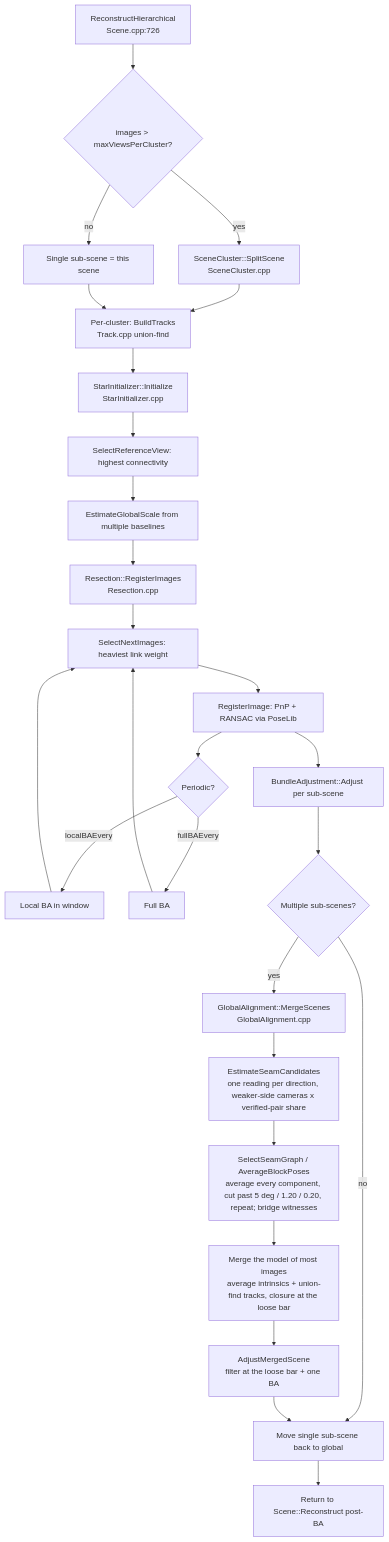
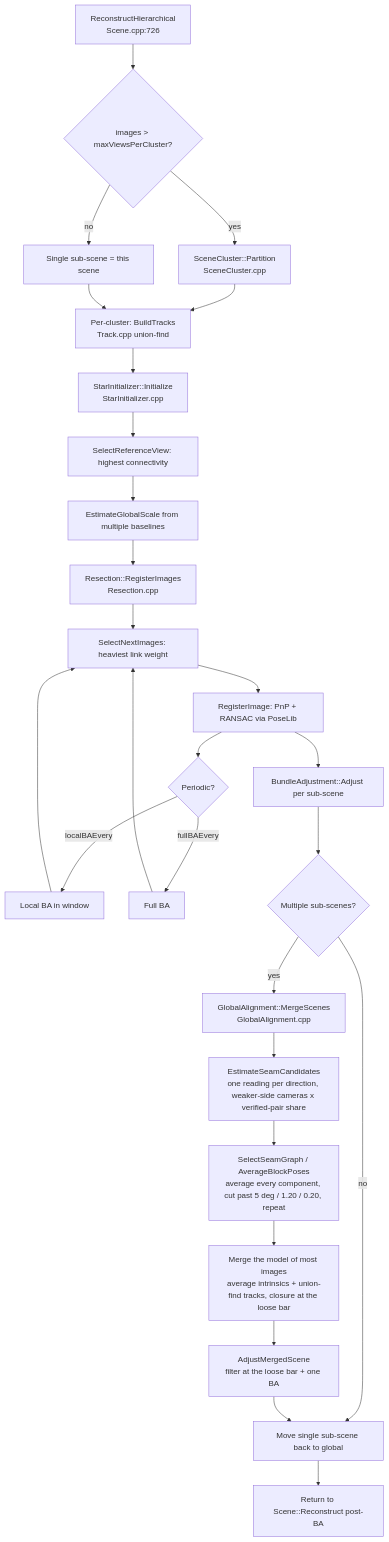
The third of 10 diagrams in docs/pipelines.md (cdcseacave/openMVS), drawn with Mermaid before and after one commit. The commit also changed other lines of this file and 6 other files, not shown here.

````diff
--- a/docs/pipelines.md
+++ b/docs/pipelines.md
@@ -206,29 +206,29 @@
 ```mermaid
 graph TD
     A[ReconstructHierarchical<br/>Scene.cpp:726] --> B{images > maxViewsPerCluster?}
-    B -->|yes| C[SceneCluster::SplitScene<br/>SceneCluster.cpp]
+    B -->|yes| C[SceneCluster::Partition<br/>SceneCluster.cpp]
     B -->|no| D[Single sub-scene = this scene]
     C --> E[Per-cluster: BuildTracks<br/>Track.cpp union-find]
     D --> E
     E --> F[StarInitializer::Initialize<br/>StarInitializer.cpp]
     F --> F1[SelectReferenceView: highest connectivity]
     F1 --> F2[EstimateGlobalScale from multiple baselines]
     F2 --> G[Resection::RegisterImages<br/>Resection.cpp]
     G --> G1[SelectNextImages: heaviest link weight]
     G1 --> G2[RegisterImage: PnP + RANSAC via PoseLib]
     G2 --> G3{Periodic?}
     G3 -->|localBAEvery| G4[Local BA in window]
     G3 -->|fullBAEvery| G5[Full BA]
     G4 --> G1
     G5 --> G1
     G2 --> H[BundleAdjustment::Adjust per sub-scene]
     H --> I{Multiple sub-scenes?}
     I -->|no| J[Move single sub-scene back to global]
     I -->|yes| K[GlobalAlignment::MergeScenes<br/>GlobalAlignment.cpp]
     K --> K1[EstimateSeamCandidates<br/>one reading per direction, weaker-side cameras x verified-pair share]
-    K1 --> K2[SelectSeamGraph / AverageBlockPoses<br/>average every component, cut past 5 deg / 1.20 / 0.20, repeat; bridge witnesses]
+    K1 --> K2[SelectSeamGraph / AverageBlockPoses<br/>average every component, cut past 5 deg / 1.20 / 0.20, repeat]
     K2 --> K3[Merge the model of most images<br/>average intrinsics + union-find tracks, closure at the loose bar]
     K3 --> K4[AdjustMergedScene<br/>filter at the loose bar + one BA]
     K4 --> J
     J --> L[Return to Scene::Reconstruct post-BA]
 ```
````
